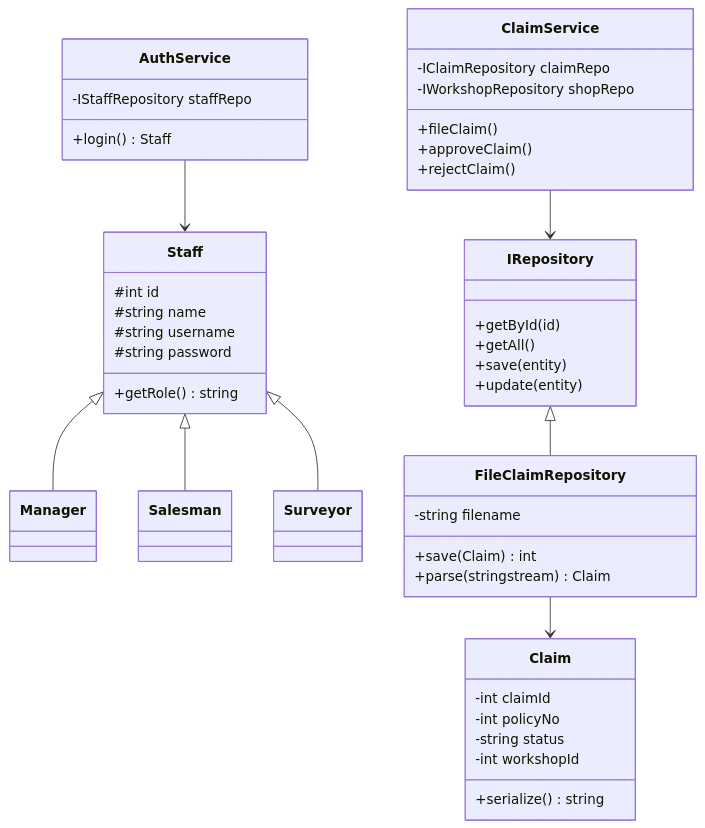
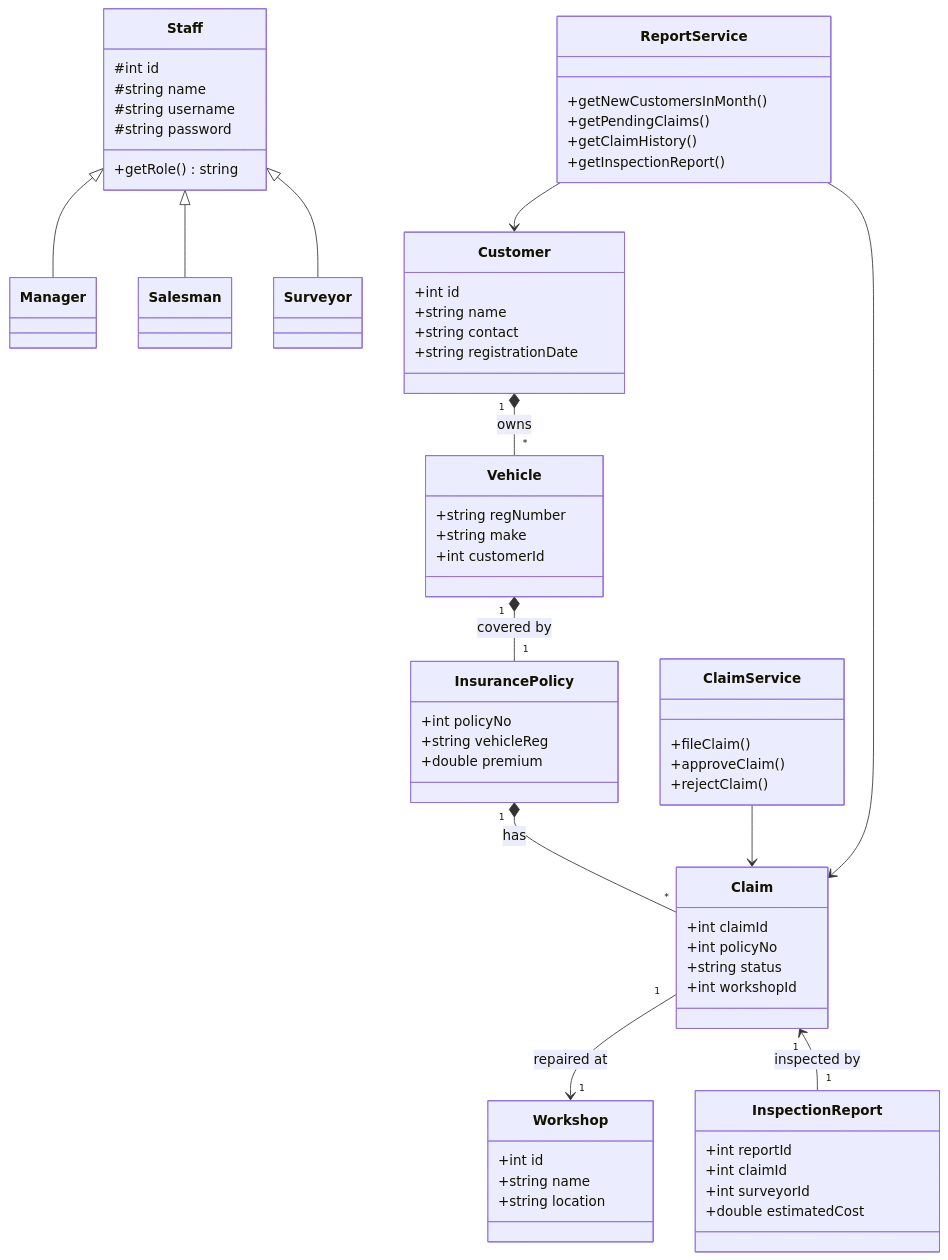
Before and after one commit to hamzatayyab431-hub/-Automobile-Insurance-System: the second of 2 diagrams in README.md, drawn with Mermaid. The commit also changed other lines of this file, not shown here.

Commit message:
Update use case and class diagrams in README

````diff
--- a/README.md
+++ b/README.md
@@ -74,56 +71,77 @@
 ```mermaid
 classDiagram
-    class IRepository {
-        +getById(id)
-        +getAll()
-        +save(entity)
-        +update(entity)
-    }
-
+    %% Staff Inheritance
     class Staff {
         #int id
         #string name
         #string username
         #string password
         +getRole() string
     }
-
     class Manager
     class Salesman
     class Surveyor
 
+    %% Core Entities
+    class Customer {
+        +int id
+        +string name
+        +string contact
+        +string registrationDate
+    }
+    class Vehicle {
+        +string regNumber
+        +string make
+        +int customerId
+    }
+    class InsurancePolicy {
+        +int policyNo
+        +string vehicleReg
+        +double premium
+    }
     class Claim {
-        -int claimId
-        -int policyNo
-        -string status
-        -int workshopId
-        +serialize() string
+        +int claimId
+        +int policyNo
+        +string status
+        +int workshopId
+    }
+    class InspectionReport {
+        +int reportId
+        +int claimId
+        +int surveyorId
+        +double estimatedCost
+    }
+    class Workshop {
+        +int id
+        +string name
+        +string location
     }
 
+    %% Business Layer (Services)
     class ClaimService {
-        -IClaimRepository claimRepo
-        -IWorkshopRepository shopRepo
         +fileClaim()
         +approveClaim()
         +rejectClaim()
     }
-
-    class AuthService {
-        -IStaffRepository staffRepo
-        +login() Staff
+    class ReportService {
+        +getNewCustomersInMonth()
+        +getPendingClaims()
+        +getClaimHistory()
+        +getInspectionReport()
     }
 
-    class FileClaimRepository {
-        -string filename
-        +save(Claim) int
-        +parse(stringstream) Claim
-    }
-
+    %% Relationships
     Staff <|-- Manager
     Staff <|-- Salesman
     Staff <|-- Surveyor
-    IRepository <|-- FileClaimRepository
-    ClaimService --> IRepository
-    AuthService --> Staff
-    FileClaimRepository --> Claim
+
+    Customer "1" *-- "*" Vehicle : owns
+    Vehicle "1" *-- "1" InsurancePolicy : covered by
+    InsurancePolicy "1" *-- "*" Claim : has
+    Claim "1" --> "1" Workshop : repaired at
+    Claim "1" <-- "1" InspectionReport : inspected by
+
+    ClaimService --> Claim
+    ReportService --> Claim
+    ReportService --> Customer
 ```
````
